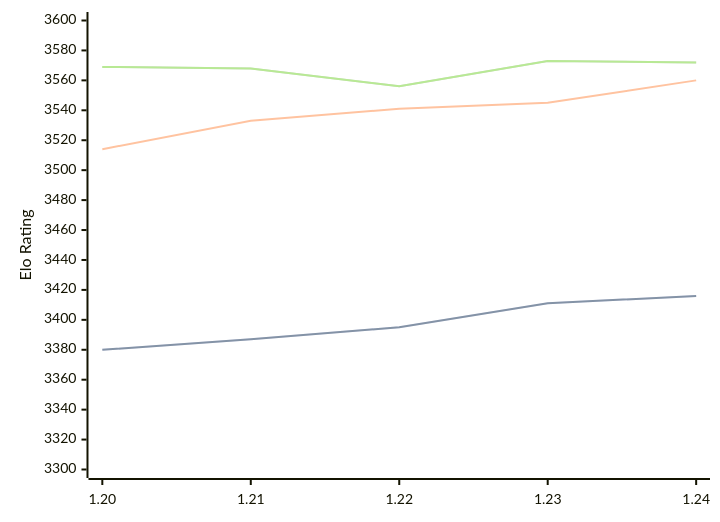
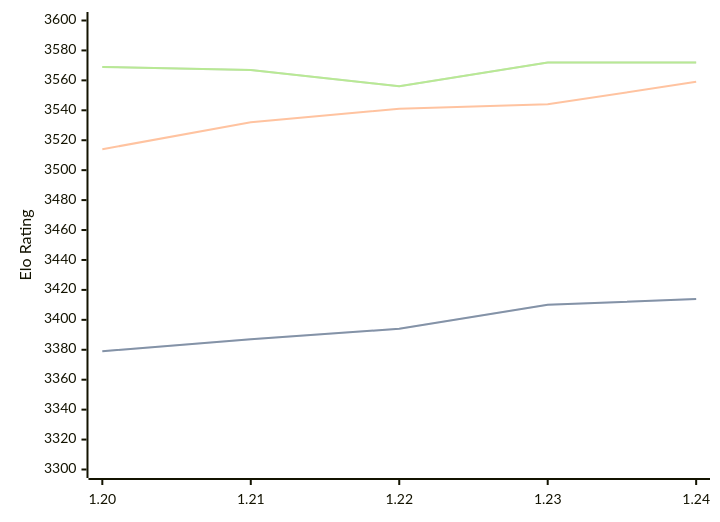
Before and after one commit to computer-chess-index/cci: the diagram in engines/Caissa.md, drawn with Mermaid. The commit also changed other lines of this file, not shown here.

Commit message:
Update CCI Ratings (ELO VLTC) - 2026-03-23

````diff
--- a/engines/Caissa.md
+++ b/engines/Caissa.md
@@ -64,11 +64,11 @@
 ```mermaid
 %%{init: {"theme":"base","themeVariables":{"seriesColors:['#a3a3a3','#222221','#faa371']}}}%%
 xychart-beta
   x-axis ["1.20", "1.21", "1.22", "1.23", "1.24"]
   y-axis "Elo Rating" 3300 --> 3600
-  line "STC (8.0+0.08s)" [3380, 3387, 3395, 3411, 3416]
-  line "STC (8.0+0.08s)" [3380, 3387, 3395, 3411, 3416]
-  line "LTC (60.0+0.60s)" [3514, 3533, 3541, 3545, 3560]
-  line "VLTC (2m24s+1.12s)" [3569, 3568, 3556, 3573, 3572]
-  line "VLTC (2m24s+1.12s)" [3569, 3568, 3556, 3573, 3572]
+  line "STC (8.0+0.08s)" [3379, 3387, 3394, 3410, 3414]
+  line "STC (8.0+0.08s)" [3379, 3387, 3394, 3410, 3414]
+  line "LTC (60.0+0.60s)" [3514, 3532, 3541, 3544, 3559]
+  line "VLTC (2m24s+1.12s)" [3569, 3567, 3556, 3572, 3572]
+  line "VLTC (2m24s+1.12s)" [3569, 3567, 3556, 3572, 3572]
 ```
````
